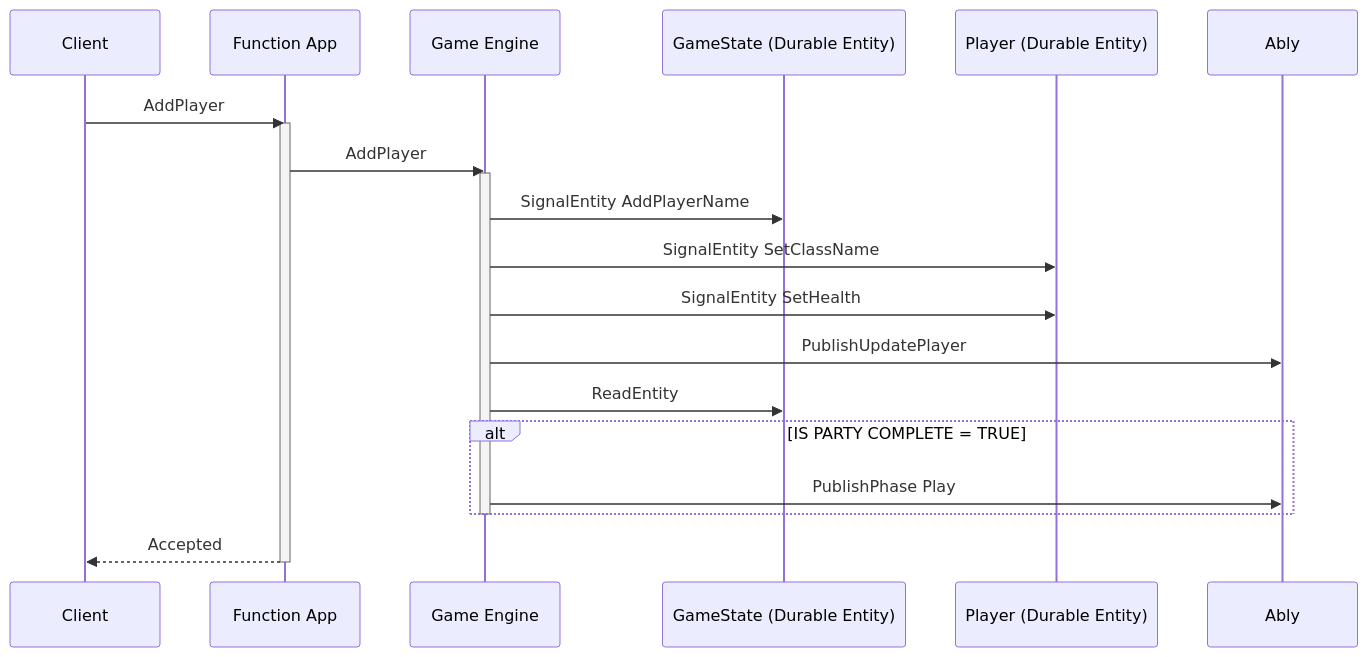
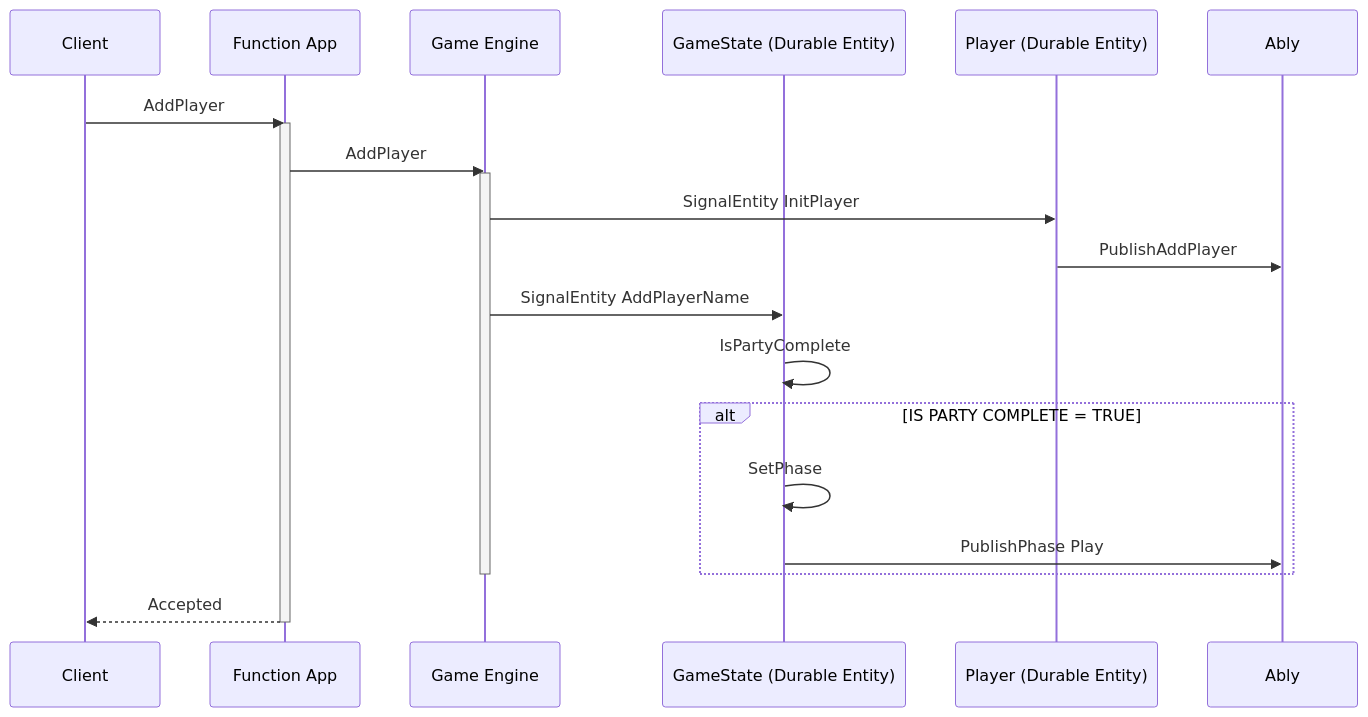
Before and after one commit to ably-labs/serverless-websockets-quest: the diagram in docs/AddPlayer.mmd, drawn with Mermaid. The commit also changed 1 other file, not shown here.

Commit message:
Remove unused function, update AddPlayer diagram

```diff
--- a/docs/AddPlayer.mmd
+++ b/docs/AddPlayer.mmd
@@ -1,16 +1,23 @@
 sequenceDiagram
+  participant Client
+  participant Function App
+  participant Game Engine
+  participant GameState (Durable Entity)
+  participant Player (Durable Entity)
+  participant Ably
+
   Client ->> Function App: AddPlayer
   activate Function App
   Function App ->> Game Engine: AddPlayer
   activate Game Engine
+  Game Engine ->> Player (Durable Entity): SignalEntity InitPlayer
+  Player (Durable Entity) ->> Ably: PublishAddPlayer
   Game Engine ->> GameState (Durable Entity): SignalEntity AddPlayerName
-  Game Engine ->> Player (Durable Entity): SignalEntity SetClassName
-  Game Engine ->> Player (Durable Entity):  SignalEntity SetHealth
-  Game Engine ->> Ably: PublishUpdatePlayer
-  Game Engine ->> GameState (Durable Entity): ReadEntity
+  GameState (Durable Entity) ->> GameState (Durable Entity): IsPartyComplete
   alt IS PARTY COMPLETE = TRUE
-    Game Engine ->> Ably: PublishPhase Play
+  GameState (Durable Entity) ->> GameState (Durable Entity): SetPhase
+    GameState (Durable Entity) ->> Ably: PublishPhase Play
   end
   deactivate Game Engine
   Function App -->> Client: Accepted
   deactivate Function App
```
